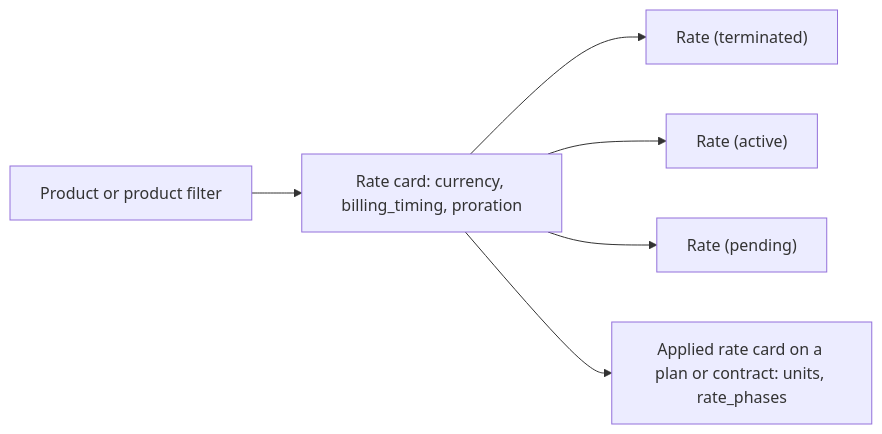
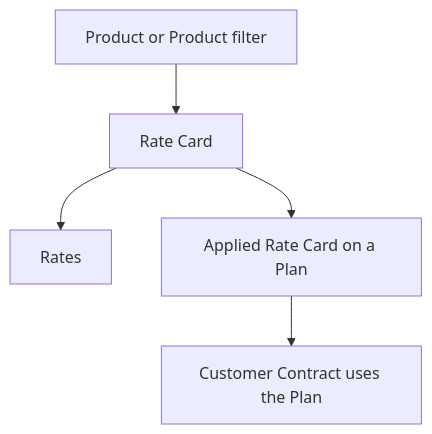
Before and after one commit to getlago/lago-doc: the diagram in v2/guide/rate-cards/overview.mdx, drawn with Mermaid. The commit also changed other lines of this file and 8 other files, not shown here.

Commit message:
docs: clarify rate cards and rates with catalog corrections

````diff
--- a/v2/guide/rate-cards/overview.mdx
+++ b/v2/guide/rate-cards/overview.mdx
@@ -18,8 +26,7 @@
 ```mermaid
-flowchart LR
-  Product["Product or product filter"] --> Card["Rate card: currency, billing_timing, proration"]
-  Card --> R1["Rate (terminated)"]
-  Card --> R2["Rate (active)"]
-  Card --> R3["Rate (pending)"]
-  Card --> Applied["Applied rate card on a plan or contract: units, rate_phases"]
+flowchart TD
+  Product["Product or Product filter"] --> Card["Rate Card"]
+  Card --> Rate["Rates"]
+  Card --> Plan["Applied Rate Card on a Plan"]
+  Plan --> Contract["Customer Contract uses the Plan"]
 ```
````
